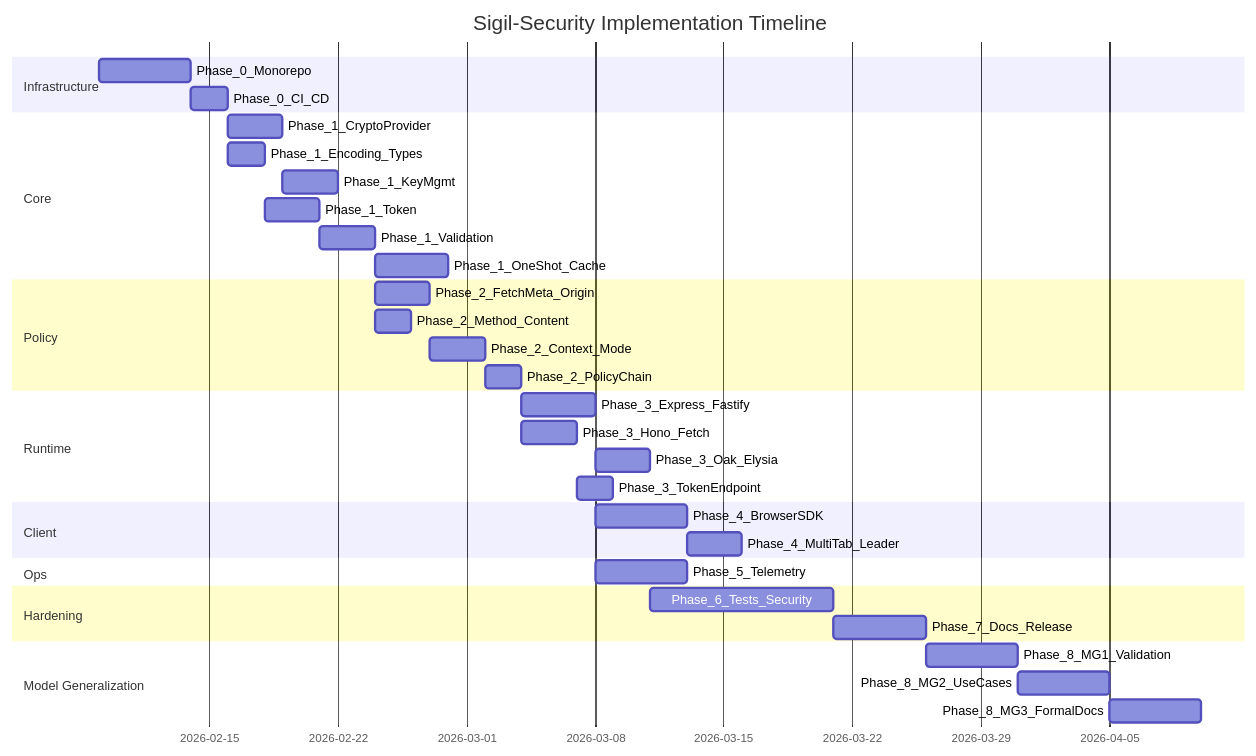
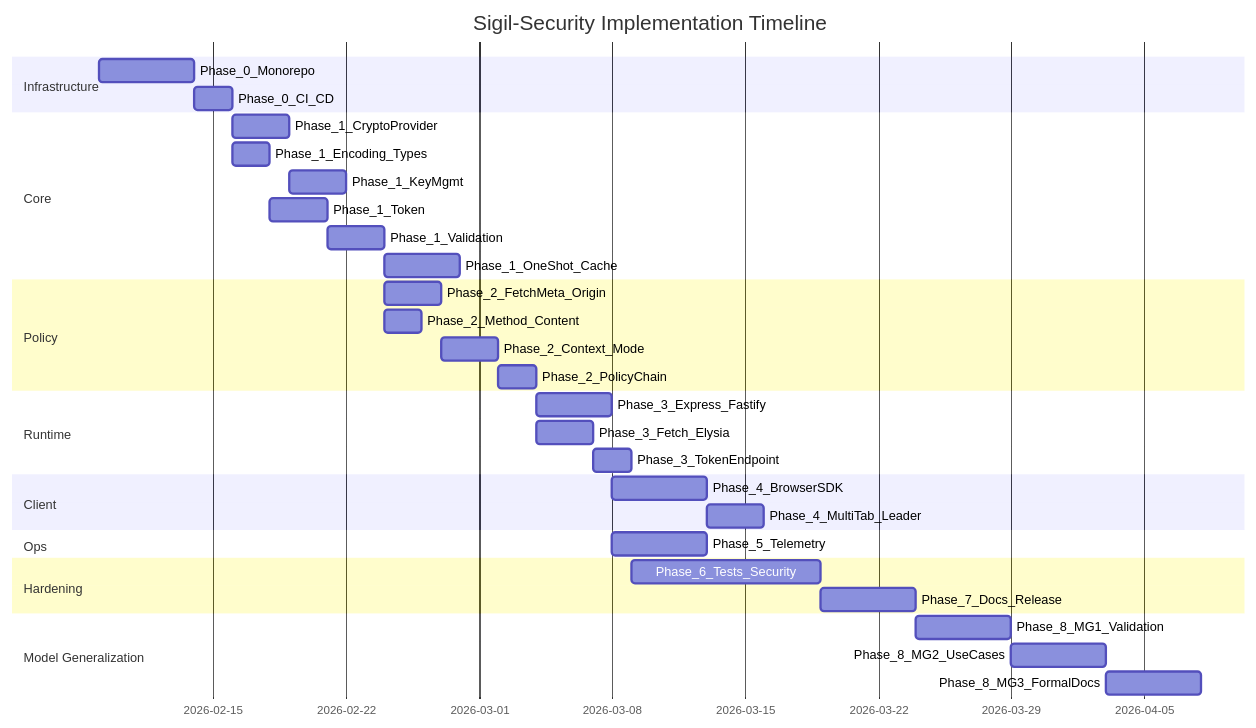
One commit to laphilosophia/sigil-security changed the second of 2 diagrams in docs/IMPLEMENTATION_PLAN.md. Above: the diagram before and after it, drawn with Mermaid. The commit also changed other lines of this file and 14 other files, not shown here.

Commit message:
fix: oakserver/oak and hono support temp. disabled for security reasons

````diff
--- a/docs/IMPLEMENTATION_PLAN.md
+++ b/docs/IMPLEMENTATION_PLAN.md
@@ -1384,37 +1375,36 @@
 ```mermaid
 gantt
     title Sigil-Security Implementation Timeline
     dateFormat  YYYY-MM-DD
     section Infrastructure
     Phase_0_Monorepo          :a1, 2026-02-09, 5d
     Phase_0_CI_CD             :a2, after a1, 2d
     section Core
     Phase_1_CryptoProvider    :b1, after a2, 3d
     Phase_1_Encoding_Types    :b2, after a2, 2d
     Phase_1_KeyMgmt           :b3, after b1, 3d
     Phase_1_Token             :b4, after b2, 3d
     Phase_1_Validation        :b5, after b4, 3d
     Phase_1_OneShot_Cache     :b6, after b5, 4d
     section Policy
     Phase_2_FetchMeta_Origin  :c1, after b5, 3d
     Phase_2_Method_Content    :c2, after b5, 2d
     Phase_2_Context_Mode      :c3, after c1, 3d
     Phase_2_PolicyChain       :c4, after c3, 2d
     section Runtime
     Phase_3_Express_Fastify   :d1, after c4, 4d
-    Phase_3_Hono_Fetch        :d2, after c4, 3d
-    Phase_3_Oak_Elysia        :d3, after d1, 3d
+    Phase_3_Fetch_Elysia      :d2, after c4, 3d
     Phase_3_TokenEndpoint     :d4, after d2, 2d
     section Client
     Phase_4_BrowserSDK        :e1, after d1, 5d
     Phase_4_MultiTab_Leader   :e2, after e1, 3d
     section Ops
     Phase_5_Telemetry         :f1, after d1, 5d
     section Hardening
     Phase_6_Tests_Security    :g1, after d3, 10d
     Phase_7_Docs_Release      :g2, after g1, 5d
     section Model Generalization
     Phase_8_MG1_Validation    :h1, after g2, 5d
     Phase_8_MG2_UseCases      :h2, after h1, 5d
     Phase_8_MG3_FormalDocs    :h3, after h2, 5d
 ```
````
